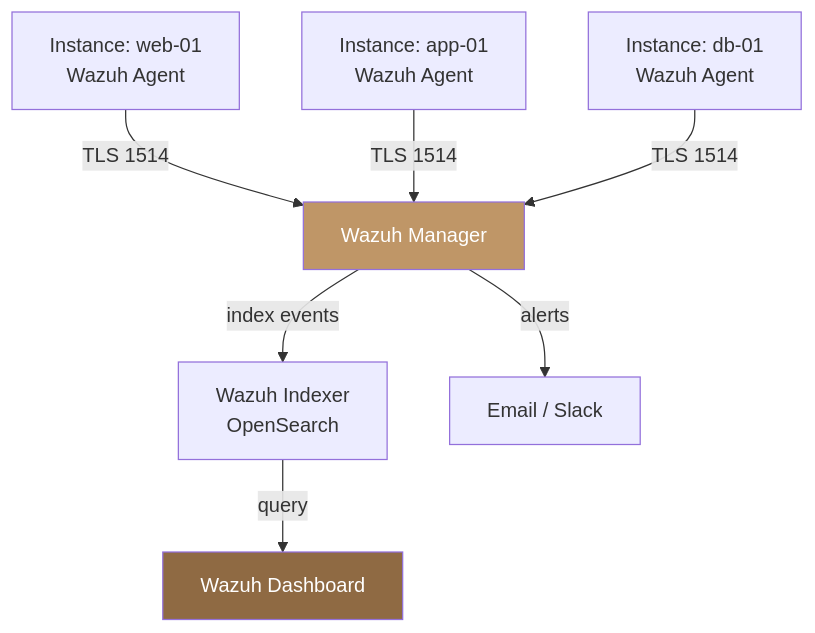
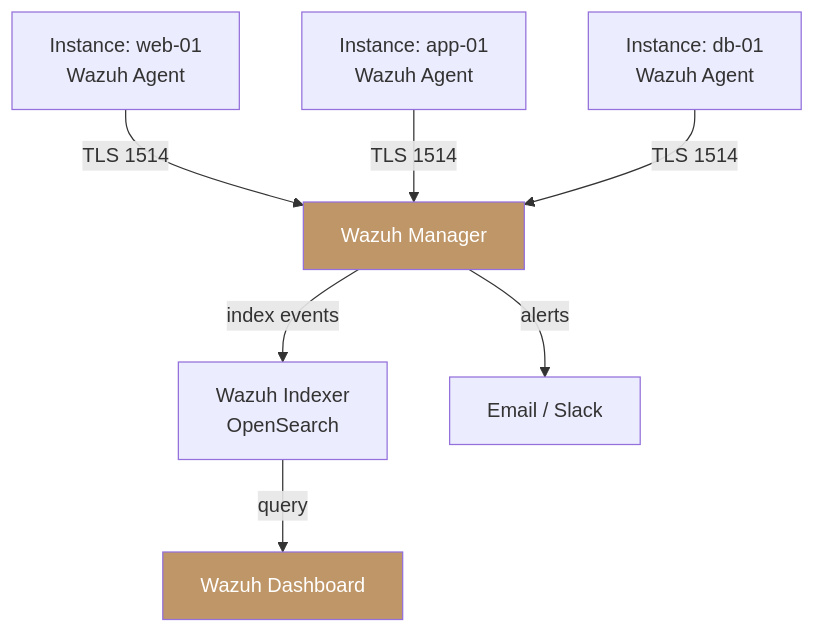
One commit to ankur-kumar87/docs-polystack changed the diagram in integrations/wazuh.mdx. Above: the diagram before and after it, drawn with Mermaid. The commit also changed 186 other files, not shown here.

````diff
--- a/integrations/wazuh.mdx
+++ b/integrations/wazuh.mdx
@@ -28,11 +28,11 @@
 ```mermaid
 graph TD
     A1[Instance: web-01<br/>Wazuh Agent] -->|TLS 1514| MGR[Wazuh Manager]
     A2[Instance: app-01<br/>Wazuh Agent] -->|TLS 1514| MGR
     A3[Instance: db-01<br/>Wazuh Agent] -->|TLS 1514| MGR
     MGR -->|index events| IDX[Wazuh Indexer<br/>OpenSearch]
     IDX -->|query| DASH[Wazuh Dashboard]
     MGR -->|alerts| EMAIL[Email / Slack]
     style MGR fill:#bf9667,color:#fff
-    style DASH fill:#8f6a43,color:#fff
+    style DASH fill:#bf9667,color:#fff
 ```
````
